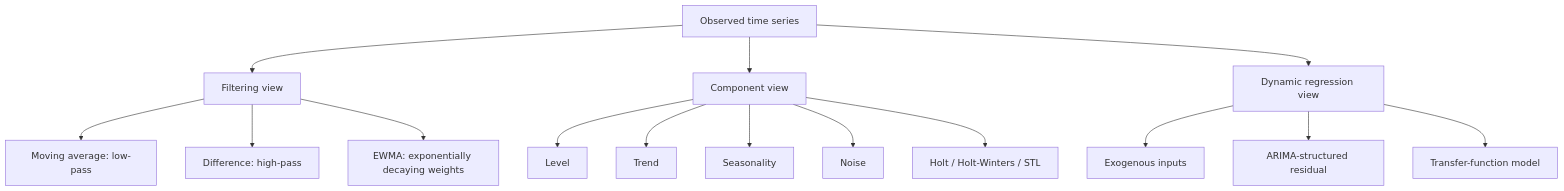
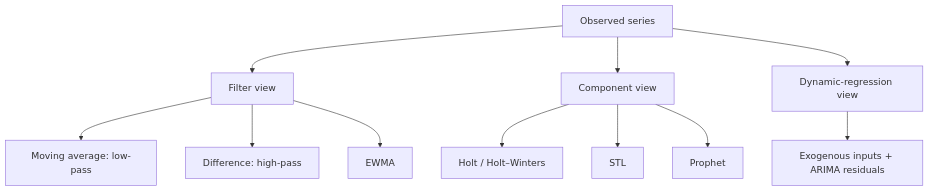
The diagram in courses/modern-temporal-learning/notes/03_filters_smoothing_and_decomposition.md (hhsieh14/AI-courses-notes-reader), drawn with Mermaid before and after one commit. The commit also changed other lines of this file and 20 other files, not shown here.

````diff
--- a/courses/modern-temporal-learning/notes/03_filters_smoothing_and_decomposition.md
+++ b/courses/modern-temporal-learning/notes/03_filters_smoothing_and_decomposition.md
@@ -1119,20 +225,13 @@
 ```mermaid
 flowchart TD
-    A[Observed time series] --> B[Filtering view]
+    A[Observed series] --> B[Filter view]
     A --> C[Component view]
-    A --> D[Dynamic regression view]
-
+    A --> D[Dynamic-regression view]
     B --> B1[Moving average: low-pass]
     B --> B2[Difference: high-pass]
-    B --> B3[EWMA: exponentially decaying weights]
-
-    C --> C1[Level]
-    C --> C2[Trend]
-    C --> C3[Seasonality]
-    C --> C4[Noise]
-    C --> C5[Holt / Holt-Winters / STL]
-
-    D --> D1[Exogenous inputs]
-    D --> D2[ARIMA-structured residual]
-    D --> D3[Transfer-function model]
+    B --> B3[EWMA]
+    C --> C1[Holt / Holt–Winters]
+    C --> C2[STL]
+    C --> C3[Prophet]
+    D --> D1[Exogenous inputs + ARIMA residuals]
 ```
````
